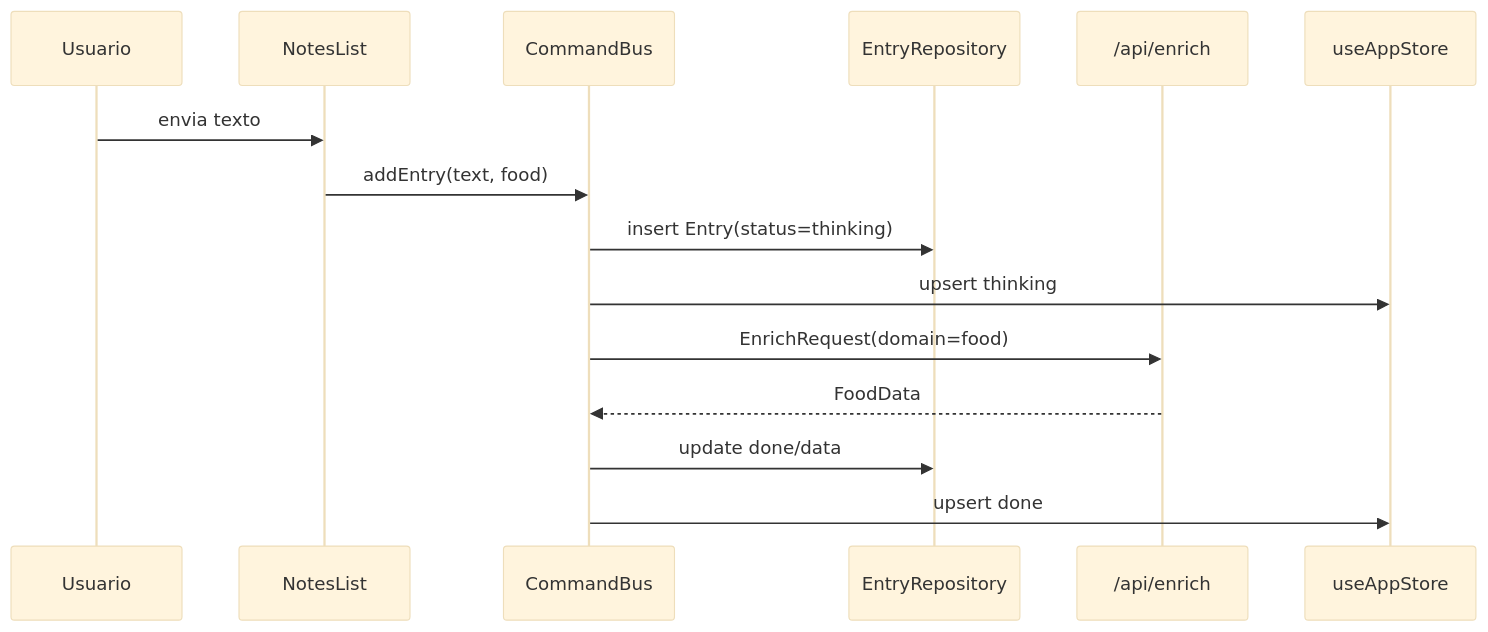
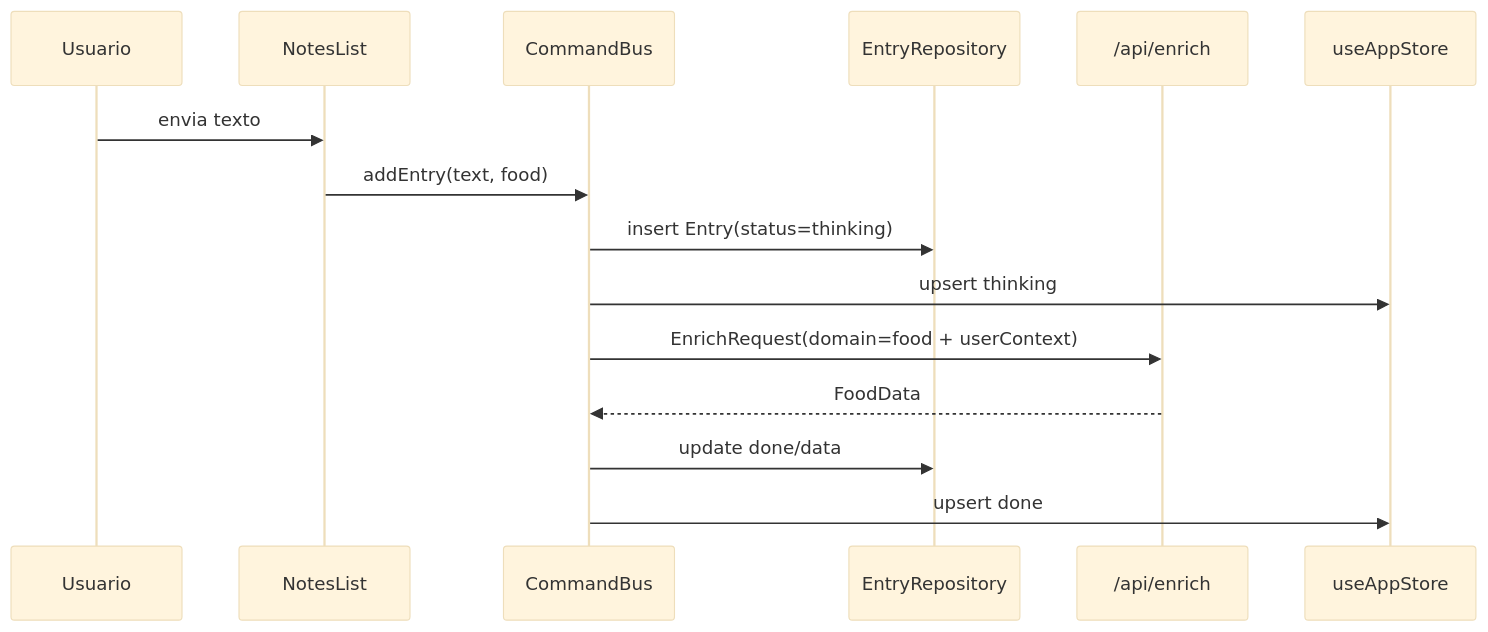
Before and after one commit to ompo-dev/Gym: the second of 10 diagrams in docs/data-flows.md, drawn with Mermaid (base theme). The commit also changed other lines of this file and 43 other files, not shown here.

````diff
--- a/docs/data-flows.md
+++ b/docs/data-flows.md
@@ -32,18 +32,18 @@
 ```mermaid
 sequenceDiagram
   participant User as Usuario
   participant Notes as NotesList
   participant Bus as CommandBus
   participant Repo as EntryRepository
   participant API as /api/enrich
   participant Store as useAppStore
 
   User->>Notes: envia texto
   Notes->>Bus: addEntry(text, food)
   Bus->>Repo: insert Entry(status=thinking)
   Bus->>Store: upsert thinking
-  Bus->>API: EnrichRequest(domain=food)
+  Bus->>API: EnrichRequest(domain=food + userContext)
   API-->>Bus: FoodData
   Bus->>Repo: update done/data
   Bus->>Store: upsert done
 ```
````
